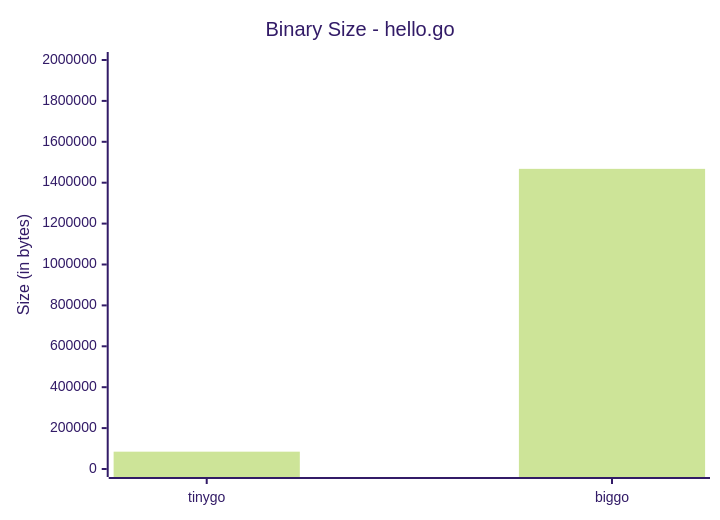
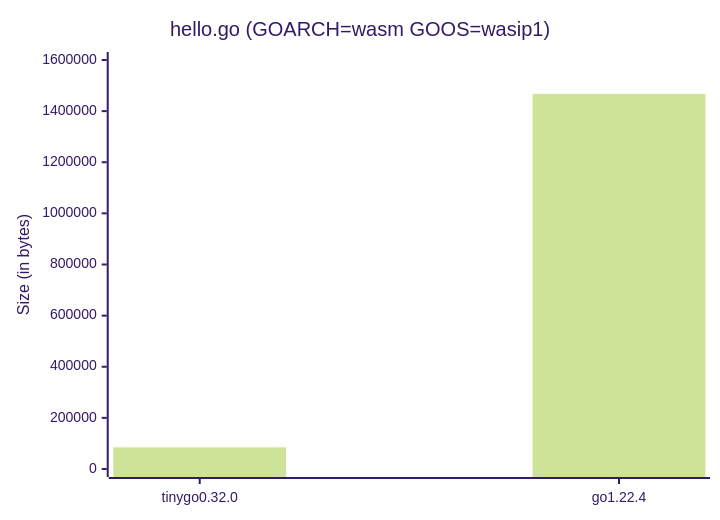
Before and after one commit to deadprogram/gopherconeu-2024-tinygo-update: the first of 2 diagrams in diagrams/sizes.md, drawn with Mermaid (forest theme). The commit also changed other lines of this file and 3 other files, not shown here.

````diff
--- a/diagrams/sizes.md
+++ b/diagrams/sizes.md
@@ -3,7 +3,7 @@
 ```mermaid
 xychart-beta
-    title "Binary Size - hello.go"
-    x-axis [tinygo, biggo]
-    y-axis "Size (in bytes)" 0 --> 2000000
-    bar [84709, 1467672]
+    title "hello.go (GOARCH=wasm GOOS=wasip1)"
+    x-axis [tinygo0.32.0, go1.22.4]
+    y-axis "Size (in bytes)" 0 --> 1600000
+    bar [84696, 1467672]
 ```
````
